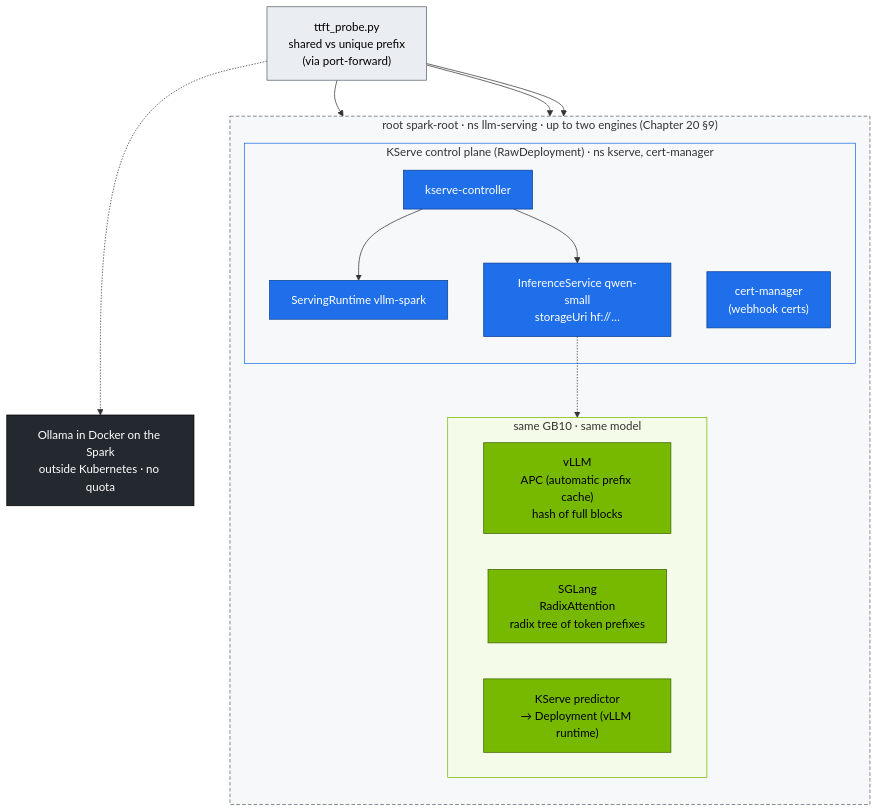
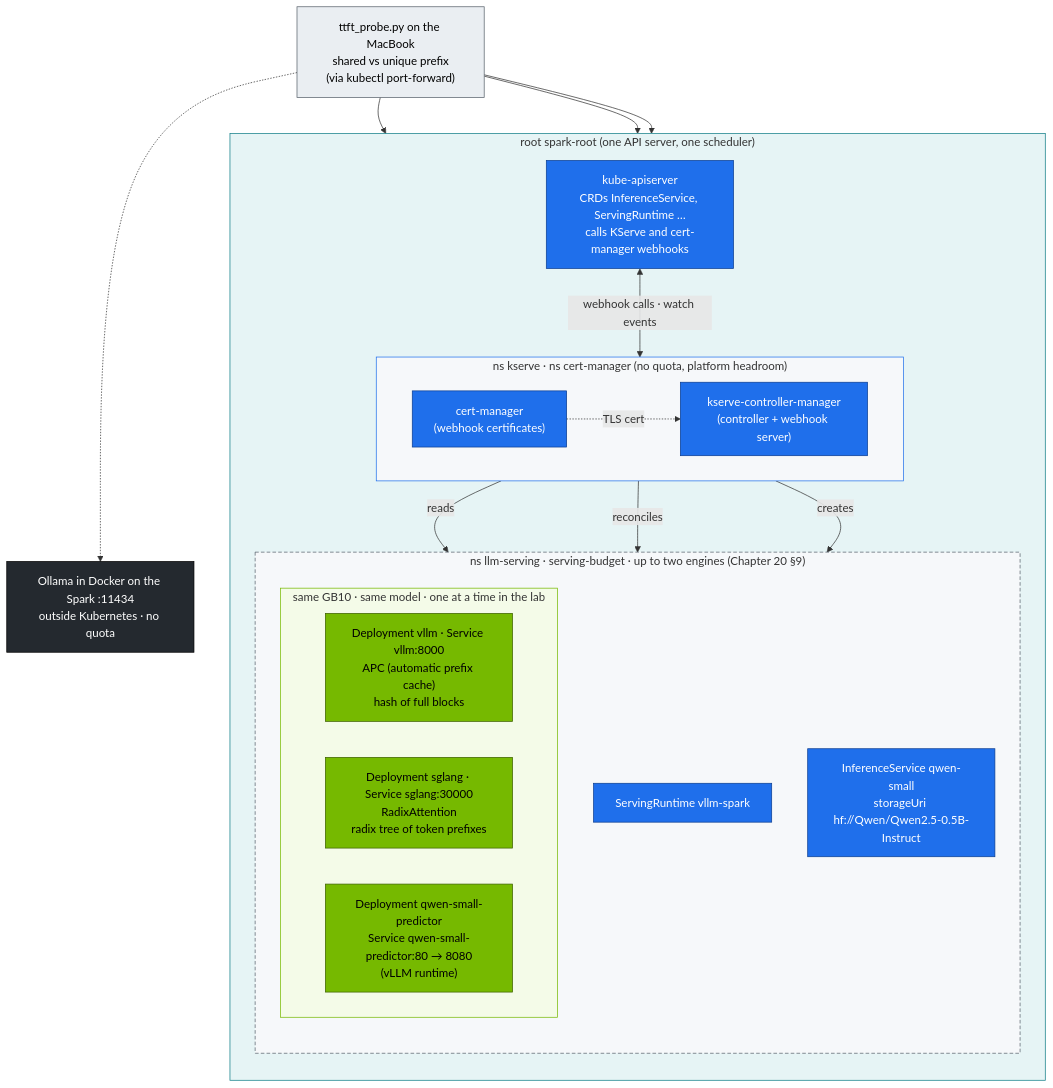
One commit to cloudone365/technical-depth changed the first of 2 diagrams in 02-Kubernetes/22-llm-inference-alternatives-and-kserve.md. Above: the diagram before and after it, drawn with Mermaid. The commit also changed other lines of this file and 91 other files, not shown here.

First line of the commit message:
Docs audit 01-04: fix mistakes found against the lab files; step-by-step flows

````diff
--- a/02-Kubernetes/22-llm-inference-alternatives-and-kserve.md
+++ b/02-Kubernetes/22-llm-inference-alternatives-and-kserve.md
@@ -52,32 +52,44 @@
 ```mermaid
 flowchart TB
-  subgraph LLMS["root spark-root · ns llm-serving · up to two engines (Chapter 20 §9)"]
+  PROBE["ttft_probe.py on the MacBook<br/>shared vs unique prefix<br/>(via kubectl port-forward)"]
+  subgraph ROOT["root spark-root (one API server, one scheduler)"]
     direction TB
-    subgraph SAME["same GB10 · same model"]
+    APIS["kube-apiserver<br/>CRDs InferenceService, ServingRuntime …<br/>calls KServe and cert-manager webhooks"]
+    subgraph KSERVE["ns kserve · ns cert-manager (no quota, platform headroom)"]
       direction LR
-      V["vLLM<br/>APC (automatic prefix cache)<br/>hash of full blocks"]
-      SG["SGLang<br/>RadixAttention<br/>radix tree of token prefixes"]
-      KS["KServe predictor<br/>→ Deployment (vLLM runtime)"]
+      CTRL["kserve-controller-manager<br/>(controller + webhook server)"]
+      CM["cert-manager<br/>(webhook certificates)"]
     end
-    subgraph KSERVE["KServe control plane (RawDeployment) · ns kserve, cert-manager"]
-      CTRL["kserve-controller"] --> SR["ServingRuntime vllm-spark"]
-      CTRL --> ISVC["InferenceService qwen-small<br/>storageUri hf://…"]
-      CM["cert-manager<br/>(webhook certs)"]
+    subgraph LLMS["ns llm-serving · serving-budget · up to two engines (Chapter 20 §9)"]
+      direction TB
+      SR["ServingRuntime vllm-spark"]
+      ISVC["InferenceService qwen-small<br/>storageUri hf://Qwen/Qwen2.5-0.5B-Instruct"]
+      subgraph SAME["same GB10 · same model · one at a time in the lab"]
+        direction LR
+        V["Deployment vllm · Service vllm:8000<br/>APC (automatic prefix cache)<br/>hash of full blocks"]
+        SG["Deployment sglang · Service sglang:30000<br/>RadixAttention<br/>radix tree of token prefixes"]
+        KS["Deployment qwen-small-predictor<br/>Service qwen-small-predictor:80 → 8080<br/>(vLLM runtime)"]
+      end
     end
-    ISVC -.-> KS
+    APIS <-->|"webhook calls · watch events"| CTRL
+    CM -.->|"TLS cert"| CTRL
+    CTRL -->|"reads"| SR
+    CTRL -->|"reconciles"| ISVC
+    CTRL -->|"creates"| KS
   end
-  PROBE["ttft_probe.py<br/>shared vs unique prefix<br/>(via port-forward)"] --> V & SG & KS
-  HOST["Ollama in Docker on the Spark<br/>outside Kubernetes · no quota"]
+  PROBE --> V & SG & KS
+  HOST["Ollama in Docker on the Spark :11434<br/>outside Kubernetes · no quota"]
   PROBE -.-> HOST
   classDef gpu fill:#76b900,stroke:#3d6000,color:#000
   classDef ctrl fill:#1f6feb,stroke:#0b3d91,color:#fff
   classDef tenant fill:#eaeef2,stroke:#57606a,color:#000
   classDef ext fill:#24292f,stroke:#000,color:#fff
   class V,SG,KS gpu
-  class CTRL,SR,ISVC,CM ctrl
+  class APIS,CTRL,SR,ISVC,CM ctrl
   class PROBE tenant
   class HOST ext
   style SAME fill:#f4fbe8,stroke:#76b900
   style KSERVE fill:#f6f8fa,stroke:#1f6feb
   style LLMS fill:#f6f8fa,stroke:#57606a,stroke-dasharray:5 3
+  style ROOT fill:#e6f4f5,stroke:#0e7c86
 ```
````
